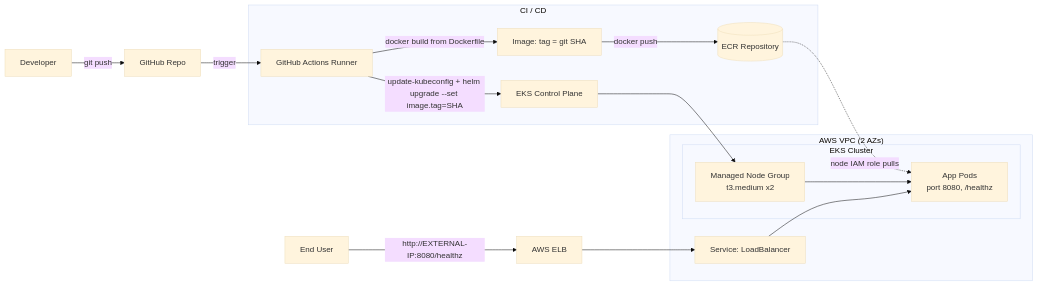
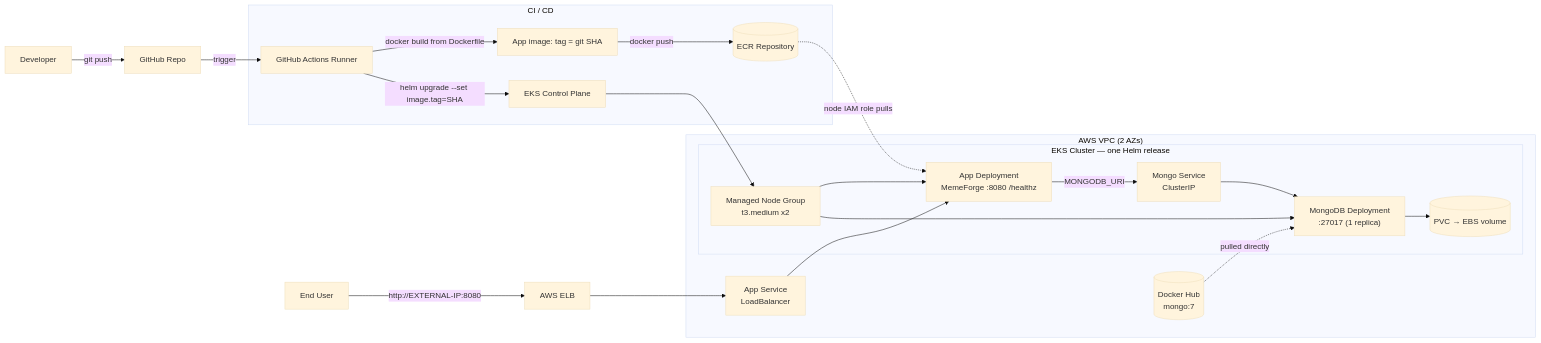
The diagram in docs/architecture.md (LironeFitoussi/mid-final-devops-project), drawn with Mermaid (base theme) before and after one commit. The commit also changed other lines of this file and 12 other files, not shown here.

First line of the commit message:
docs: update lab for MERN stack with in-cluster MongoDB (two deployments)

````diff
--- a/docs/architecture.md
+++ b/docs/architecture.md
@@ -8,23 +9,28 @@
 ```mermaid
 flowchart LR
     dev[Developer] -->|git push| gh[GitHub Repo]
     gh -->|trigger| ga[GitHub Actions Runner]
 
     subgraph cicd["CI / CD"]
-        ga -->|docker build from Dockerfile| img["Image: tag = git SHA"]
+        ga -->|docker build from Dockerfile| img["App image: tag = git SHA"]
         img -->|docker push| ecr[(ECR Repository)]
-        ga -->|"update-kubeconfig + helm upgrade --set image.tag=SHA"| eks
+        ga -->|"helm upgrade --set image.tag=SHA"| eks
     end
 
     subgraph vpc["AWS VPC (2 AZs)"]
-        subgraph cluster["EKS Cluster"]
+        subgraph cluster["EKS Cluster — one Helm release"]
             eks[EKS Control Plane] --> ng["Managed Node Group<br/>t3.medium x2"]
-            ng --> pod["App Pods<br/>port 8080, /healthz"]
+            ng --> app["App Deployment<br/>MemeForge :8080 /healthz"]
+            ng --> mongo["MongoDB Deployment<br/>:27017 (1 replica)"]
+            app -->|MONGODB_URI| msvc["Mongo Service<br/>ClusterIP"]
+            msvc --> mongo
+            mongo --> pvc[("PVC → EBS volume")]
         end
-        ecr -. node IAM role pulls .-> pod
-        svc["Service: LoadBalancer"] --> pod
+        ecr -. node IAM role pulls .-> app
+        hub[(Docker Hub<br/>mongo:7)] -. pulled directly .-> mongo
+        svc["App Service<br/>LoadBalancer"] --> app
     end
 
     elb[AWS ELB] --> svc
-    user[End User] -->|"http://EXTERNAL-IP:8080/healthz"| elb
+    user[End User] -->|"http://EXTERNAL-IP:8080"| elb
 ```
````
